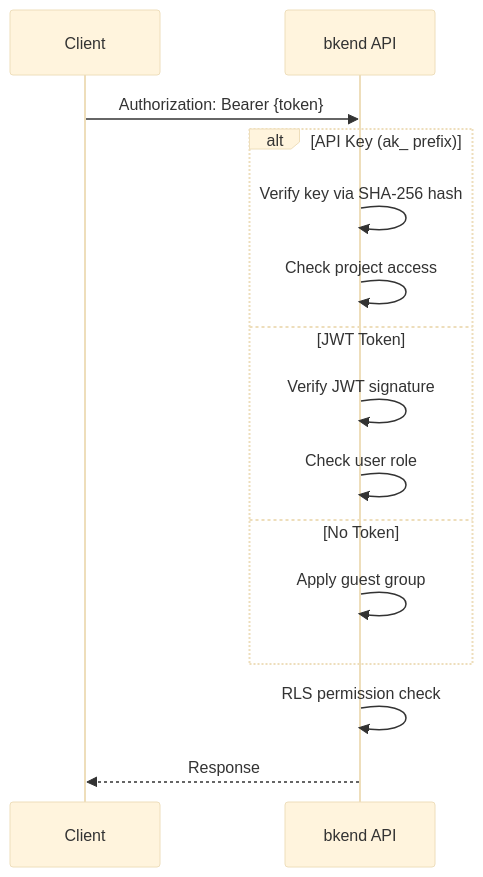
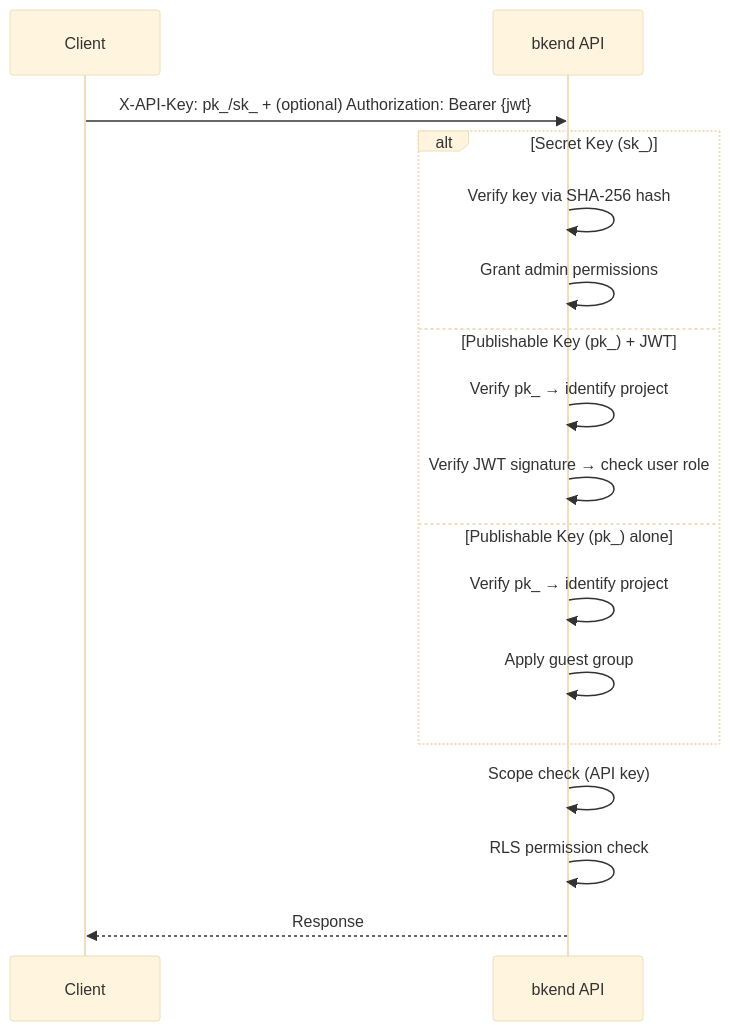
Before and after one commit to popup-studio-ai/bkend-docs: the first of 2 diagrams in en/security/08-api-reference.md, drawn with Mermaid (base theme). The commit also changed other lines of this file and 365 other files, not shown here.

````diff
--- a/en/security/08-api-reference.md
+++ b/en/security/08-api-reference.md
@@ -60,18 +65,20 @@
 ```mermaid
 sequenceDiagram
     participant C as Client
     participant A as bkend API
 
-    C->>A: Authorization: Bearer {token}
-    alt API Key (ak_ prefix)
+    C->>A: X-API-Key: pk_/sk_ + (optional) Authorization: Bearer {jwt}
+    alt Secret Key (sk_)
         A->>A: Verify key via SHA-256 hash
-        A->>A: Check project access
-    else JWT Token
-        A->>A: Verify JWT signature
-        A->>A: Check user role
-    else No Token
+        A->>A: Grant admin permissions
+    else Publishable Key (pk_) + JWT
+        A->>A: Verify pk_ → identify project
+        A->>A: Verify JWT signature → check user role
+    else Publishable Key (pk_) alone
+        A->>A: Verify pk_ → identify project
         A->>A: Apply guest group
     end
+    A->>A: Scope check (API key)
     A->>A: RLS permission check
     A-->>C: Response
 ```
````
